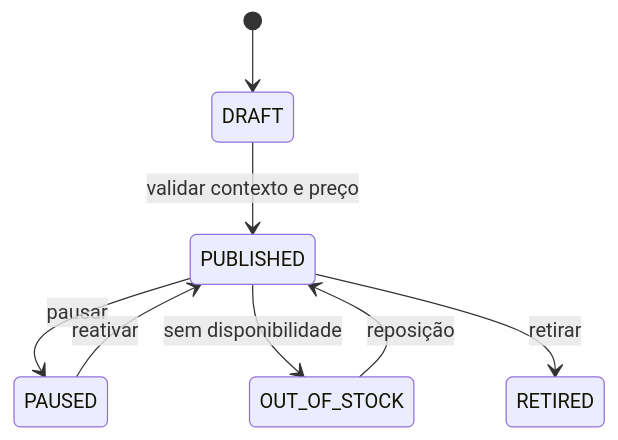
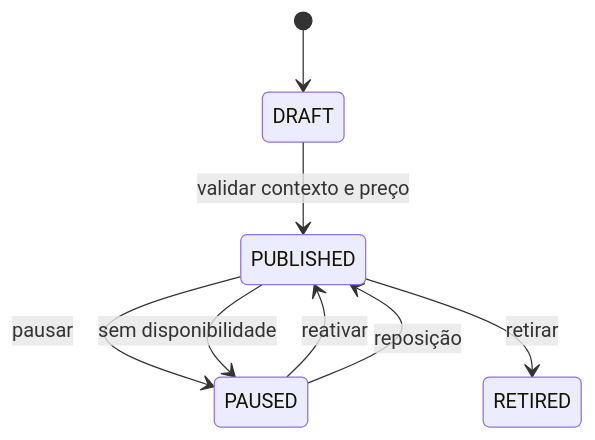
Before and after one commit to schambeck/api-marketplace: the diagram in docs/business/BP-011-oferta-disponibilidade.md, drawn with Mermaid. The commit also changed other lines of this file and 27 other files, not shown here.

````diff
--- a/docs/business/BP-011-oferta-disponibilidade.md
+++ b/docs/business/BP-011-oferta-disponibilidade.md
@@ -3,10 +3,10 @@
 ```mermaid
 stateDiagram-v2
     [*] --> DRAFT
     DRAFT --> PUBLISHED: validar contexto e preço
     PUBLISHED --> PAUSED: pausar
-    PUBLISHED --> OUT_OF_STOCK: sem disponibilidade
+    PUBLISHED --> PAUSED: sem disponibilidade
     PAUSED --> PUBLISHED: reativar
-    OUT_OF_STOCK --> PUBLISHED: reposição
+    PAUSED --> PUBLISHED: reposição
     PUBLISHED --> RETIRED: retirar
 ```
````
